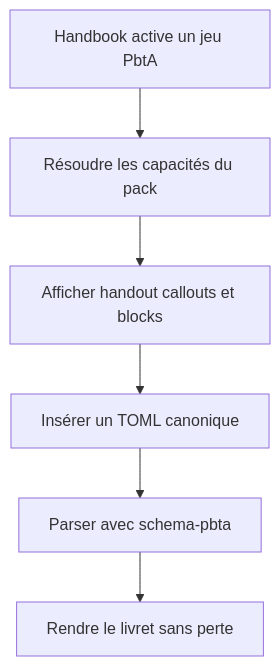
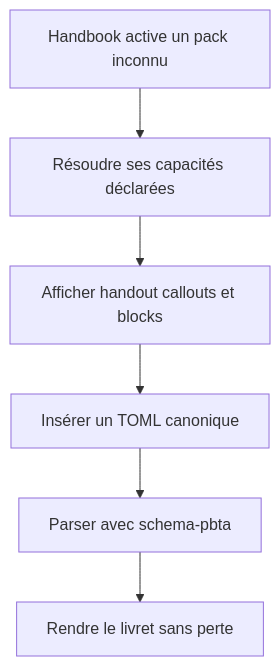
One commit to RebelliousSmile/schema-pbta changed the first of 2 diagrams in aidd_docs/tasks/2026_09/2026_09_11_pbta-cross-tool-contract/phase-2.md. Above: the diagram before and after it, drawn with Mermaid. The commit also changed other lines of this file and 4 other files, not shown here.

````diff
--- a/aidd_docs/tasks/2026_09/2026_09_11_pbta-cross-tool-contract/phase-2.md
+++ b/aidd_docs/tasks/2026_09/2026_09_11_pbta-cross-tool-contract/phase-2.md
@@ -31,8 +31,8 @@
 ```mermaid
 flowchart TD
-  A[Handbook active un jeu PbtA] --> B[Résoudre les capacités du pack]
+  A[Handbook active un pack inconnu] --> B[Résoudre ses capacités déclarées]
   B --> C[Afficher handout callouts et blocks]
   C --> D[Insérer un TOML canonique]
   D --> E[Parser avec schema-pbta]
   E --> F[Rendre le livret sans perte]
 ```
````
